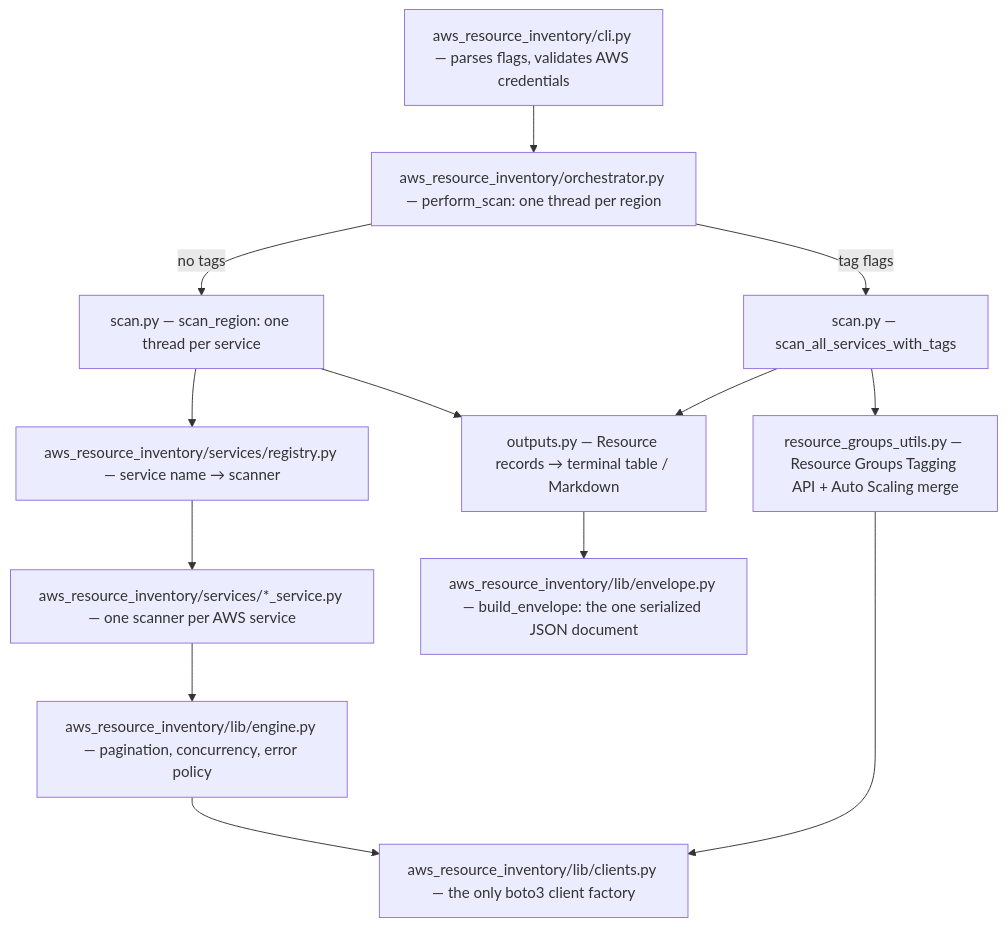
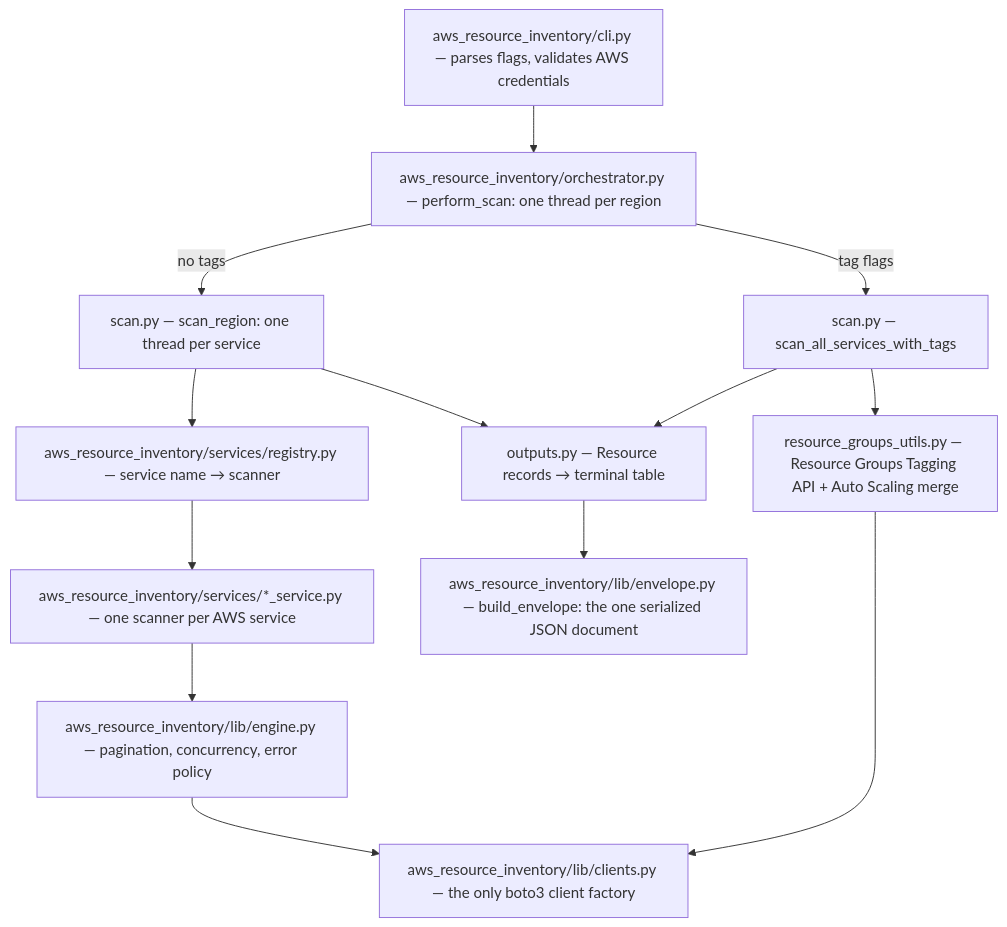
Before and after one commit to ishuar/aws-resource-inventory: the diagram in docs/Architecture.md, drawn with Mermaid. The commit also changed other lines of this file and 15 other files, not shown here.

````diff
--- a/docs/Architecture.md
+++ b/docs/Architecture.md
@@ -8,15 +8,15 @@
 ```mermaid
 flowchart TD
     CLI["aws_resource_inventory/cli.py — parses flags, validates AWS credentials"] --> P["aws_resource_inventory/orchestrator.py — perform_scan: one thread per region"]
     P -->|no tags| R["scan.py — scan_region: one thread per service"]
     P -->|tag flags| T["scan.py — scan_all_services_with_tags"]
     R --> REG["aws_resource_inventory/services/registry.py — service name → scanner"]
     REG --> SVC["aws_resource_inventory/services/*_service.py — one scanner per AWS service"]
     T --> RG["resource_groups_utils.py — Resource Groups Tagging API + Auto Scaling merge"]
     SVC --> ENG["aws_resource_inventory/lib/engine.py — pagination, concurrency, error policy"]
     ENG --> CL["aws_resource_inventory/lib/clients.py — the only boto3 client factory"]
     RG --> CL
-    R --> OUT["outputs.py — Resource records → terminal table / Markdown"]
+    R --> OUT["outputs.py — Resource records → terminal table"]
     T --> OUT
     OUT --> ENV["aws_resource_inventory/lib/envelope.py — build_envelope: the one serialized JSON document"]
 ```
````
